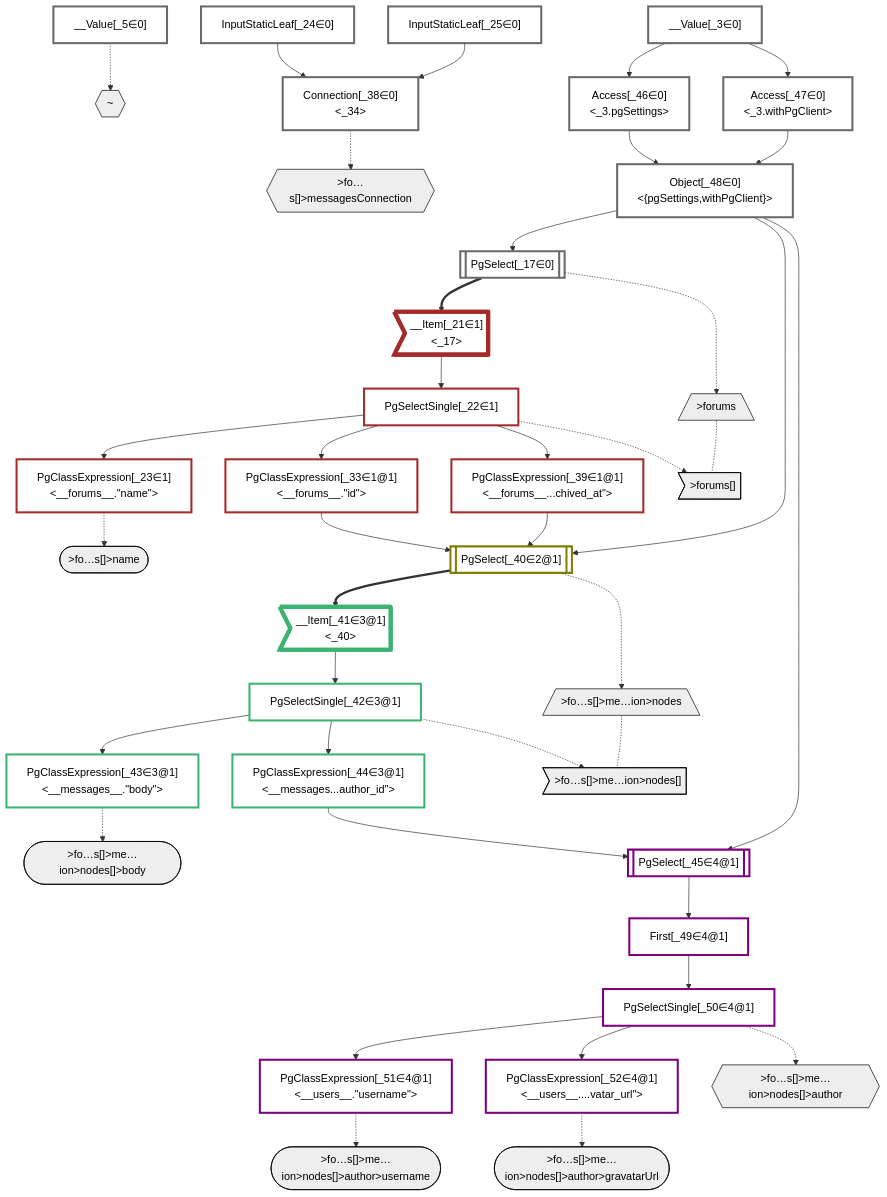
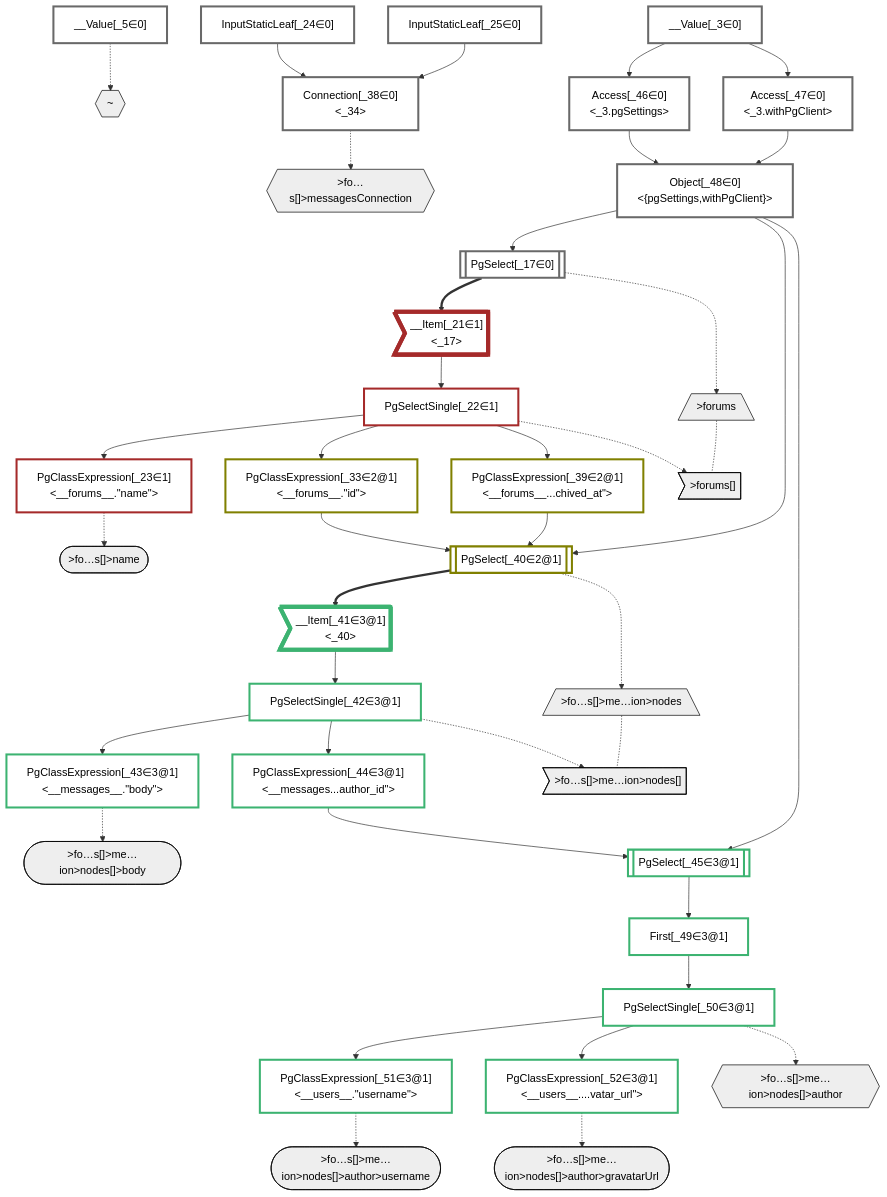
The diagram in packages/dataplan-pg/__tests__/queries/conditions/archived-forum-inherited-messages.stream-4.deopt.mermaid.md (graphile/crystal), drawn with Mermaid before and after one commit. The commit also changed 42 other files, not shown here.

````diff
--- a/packages/dataplan-pg/__tests__/queries/conditions/archived-forum-inherited-messages.stream-4.deopt.mermaid.md
+++ b/packages/dataplan-pg/__tests__/queries/conditions/archived-forum-inherited-messages.stream-4.deopt.mermaid.md
@@ -38,22 +38,22 @@
     PgClassExpression_23["PgClassExpression[_23∈1]<br /><__forums__.#quot;name#quot;>"]:::plan
     InputStaticLeaf_24["InputStaticLeaf[_24∈0]"]:::plan
     InputStaticLeaf_25["InputStaticLeaf[_25∈0]"]:::plan
-    PgClassExpression_33["PgClassExpression[_33∈1@1]<br /><__forums__.#quot;id#quot;>"]:::plan
+    PgClassExpression_33["PgClassExpression[_33∈2@1]<br /><__forums__.#quot;id#quot;>"]:::plan
     Connection_38["Connection[_38∈0]<br /><_34>"]:::plan
-    PgClassExpression_39["PgClassExpression[_39∈1@1]<br /><__forums__...chived_at#quot;>"]:::plan
+    PgClassExpression_39["PgClassExpression[_39∈2@1]<br /><__forums__...chived_at#quot;>"]:::plan
     PgSelect_40[["PgSelect[_40∈2@1]<br /><messages>"]]:::plan
     __Item_41>"__Item[_41∈3@1]<br /><_40>"]:::itemplan
     PgSelectSingle_42["PgSelectSingle[_42∈3@1]<br /><messages>"]:::plan
     PgClassExpression_43["PgClassExpression[_43∈3@1]<br /><__messages__.#quot;body#quot;>"]:::plan
     PgClassExpression_44["PgClassExpression[_44∈3@1]<br /><__messages...author_id#quot;>"]:::plan
-    PgSelect_45[["PgSelect[_45∈4@1]<br /><users>"]]:::plan
+    PgSelect_45[["PgSelect[_45∈3@1]<br /><users>"]]:::plan
     Access_46["Access[_46∈0]<br /><_3.pgSettings>"]:::plan
     Access_47["Access[_47∈0]<br /><_3.withPgClient>"]:::plan
     Object_48["Object[_48∈0]<br /><{pgSettings,withPgClient}>"]:::plan
-    First_49["First[_49∈4@1]"]:::plan
-    PgSelectSingle_50["PgSelectSingle[_50∈4@1]<br /><users>"]:::plan
-    PgClassExpression_51["PgClassExpression[_51∈4@1]<br /><__users__.#quot;username#quot;>"]:::plan
-    PgClassExpression_52["PgClassExpression[_52∈4@1]<br /><__users__....vatar_url#quot;>"]:::plan
+    First_49["First[_49∈3@1]"]:::plan
+    PgSelectSingle_50["PgSelectSingle[_50∈3@1]<br /><users>"]:::plan
+    PgClassExpression_51["PgClassExpression[_51∈3@1]<br /><__users__.#quot;username#quot;>"]:::plan
+    PgClassExpression_52["PgClassExpression[_52∈3@1]<br /><__users__....vatar_url#quot;>"]:::plan
 
     %% plan dependencies
     Object_48 --> PgSelect_17
@@ -99,11 +99,9 @@
     classDef bucket0 stroke:#696969
     class __Value_3,__Value_5,PgSelect_17,InputStaticLeaf_24,InputStaticLeaf_25,Connection_38,Access_46,Access_47,Object_48 bucket0
     classDef bucket1 stroke:#a52a2a
-    class __Item_21,PgSelectSingle_22,PgClassExpression_23,PgClassExpression_33,PgClassExpression_39 bucket1
+    class __Item_21,PgSelectSingle_22,PgClassExpression_23 bucket1
     classDef bucket2 stroke:#808000
-    class PgSelect_40 bucket2
+    class PgClassExpression_33,PgClassExpression_39,PgSelect_40 bucket2
     classDef bucket3 stroke:#3cb371
-    class __Item_41,PgSelectSingle_42,PgClassExpression_43,PgClassExpression_44 bucket3
-    classDef bucket4 stroke:#7f007f
-    class PgSelect_45,First_49,PgSelectSingle_50,PgClassExpression_51,PgClassExpression_52 bucket4
+    class __Item_41,PgSelectSingle_42,PgClassExpression_43,PgClassExpression_44,PgSelect_45,First_49,PgSelectSingle_50,PgClassExpression_51,PgClassExpression_52 bucket3
 ```
````
